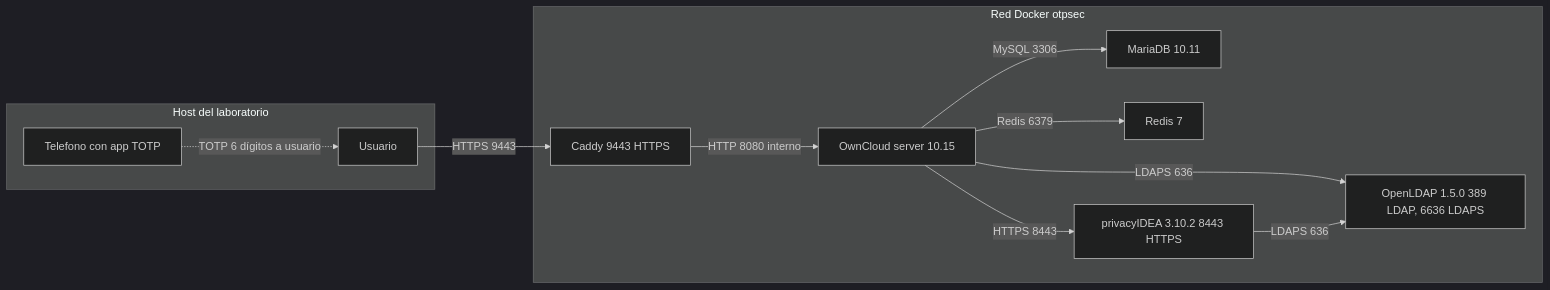
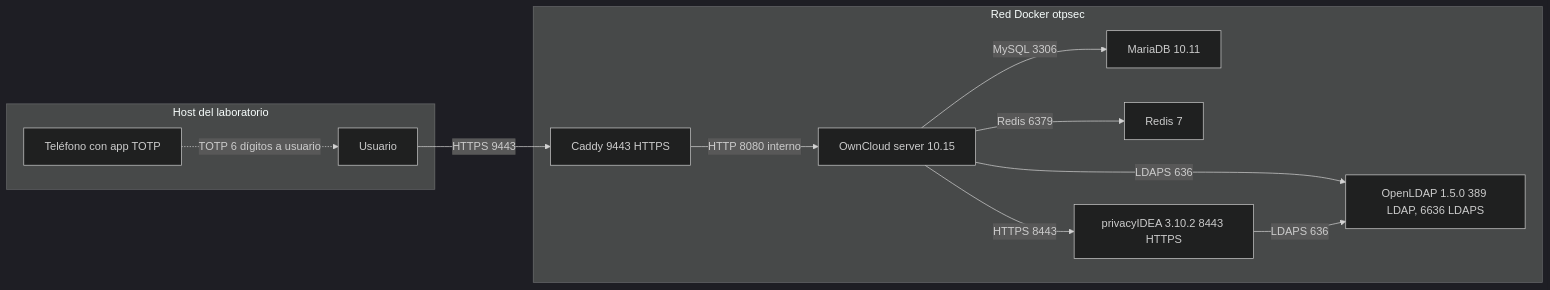
One commit to chochy2001/otp-secured-cloud changed the first of 3 diagrams in docs/arquitectura.md. Above: the diagram before and after it, drawn with Mermaid (dark theme). The commit also changed 5 other files, not shown here.

````diff
--- a/docs/arquitectura.md
+++ b/docs/arquitectura.md
@@ -84,25 +84,25 @@
 ```mermaid
 graph LR
   subgraph host[Host del laboratorio]
     user[Usuario]
-    phone[Telefono con app TOTP]
+    phone[Teléfono con app TOTP]
   end
 
   subgraph docker[Red Docker otpsec]
     caddy[Caddy 9443 HTTPS]
     oc[OwnCloud server 10.15]
     db[MariaDB 10.11]
     redis[Redis 7]
     pi[privacyIDEA 3.10.2 8443 HTTPS]
     ldap[OpenLDAP 1.5.0 389 LDAP, 6636 LDAPS]
   end
 
   user -->|HTTPS 9443| caddy
   caddy -->|HTTP 8080 interno| oc
   oc -->|MySQL 3306| db
   oc -->|Redis 6379| redis
   oc -->|LDAPS 636| ldap
   oc -->|HTTPS 8443| pi
   pi -->|LDAPS 636| ldap
   phone -.->|TOTP 6 dígitos a usuario| user
 ```
````
